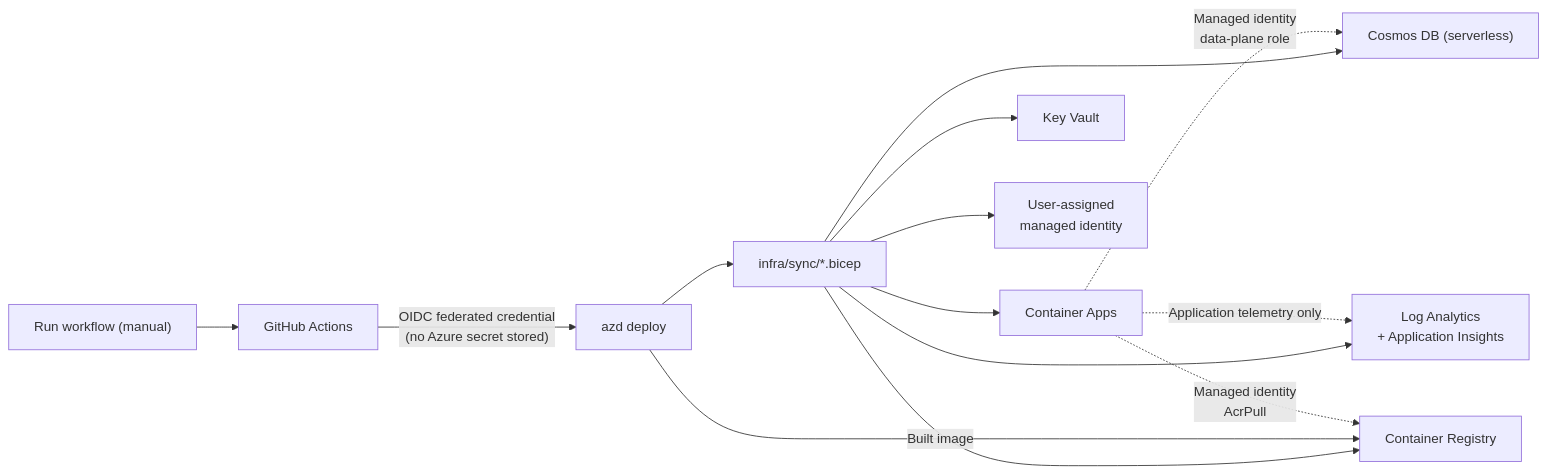
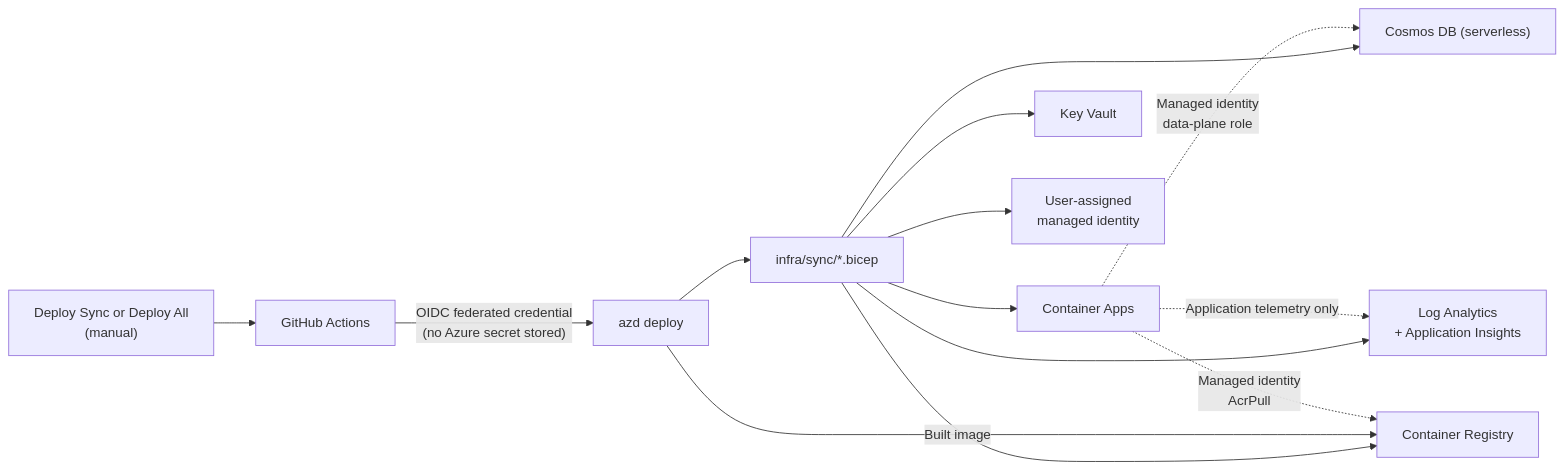
One commit to JSdotNet/Backlog changed the sixth of 7 diagrams in .devbook/arc42/07-deployment-view.md. Above: the diagram before and after it, drawn with Mermaid. The commit also changed other lines of this file and 5 other files, not shown here.

````diff
--- a/.devbook/arc42/07-deployment-view.md
+++ b/.devbook/arc42/07-deployment-view.md
@@ -372,16 +383,16 @@
 ```mermaid
 flowchart LR
-    Dev["Run workflow (manual)"] --> GHA["GitHub Actions"]
+    Dev["Deploy Sync or Deploy All\n(manual)"] --> GHA["GitHub Actions"]
     GHA -->|"OIDC federated credential\n(no Azure secret stored)"| AZD["azd deploy"]
     AZD --> Bicep["infra/sync/*.bicep"]
     Bicep --> ACA["Container Apps"]
     Bicep --> Cosmos["Cosmos DB (serverless)"]
     Bicep --> KV["Key Vault"]
     Bicep --> LA["Log Analytics\n+ Application Insights"]
     Bicep --> ACR["Container Registry"]
     Bicep --> MI["User-assigned\nmanaged identity"]
     AZD -->|"Built image"| ACR
     ACA -.->|"Managed identity\ndata-plane role"| Cosmos
     ACA -.->|"Managed identity\nAcrPull"| ACR
     ACA -.->|"Application telemetry only"| LA
 ```
````
